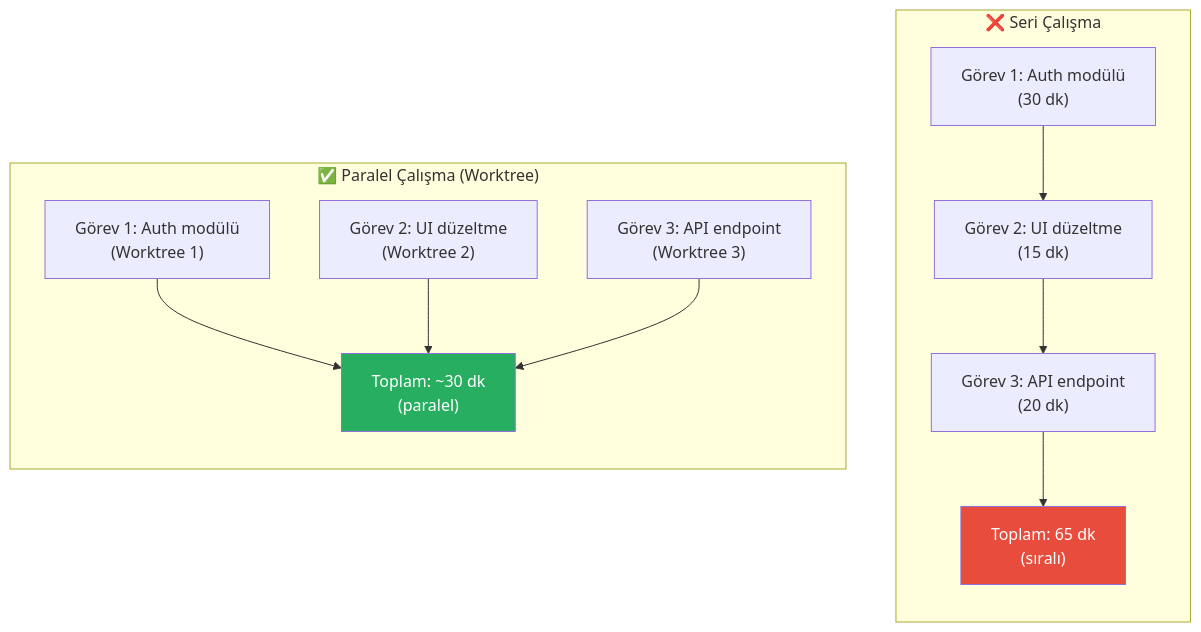
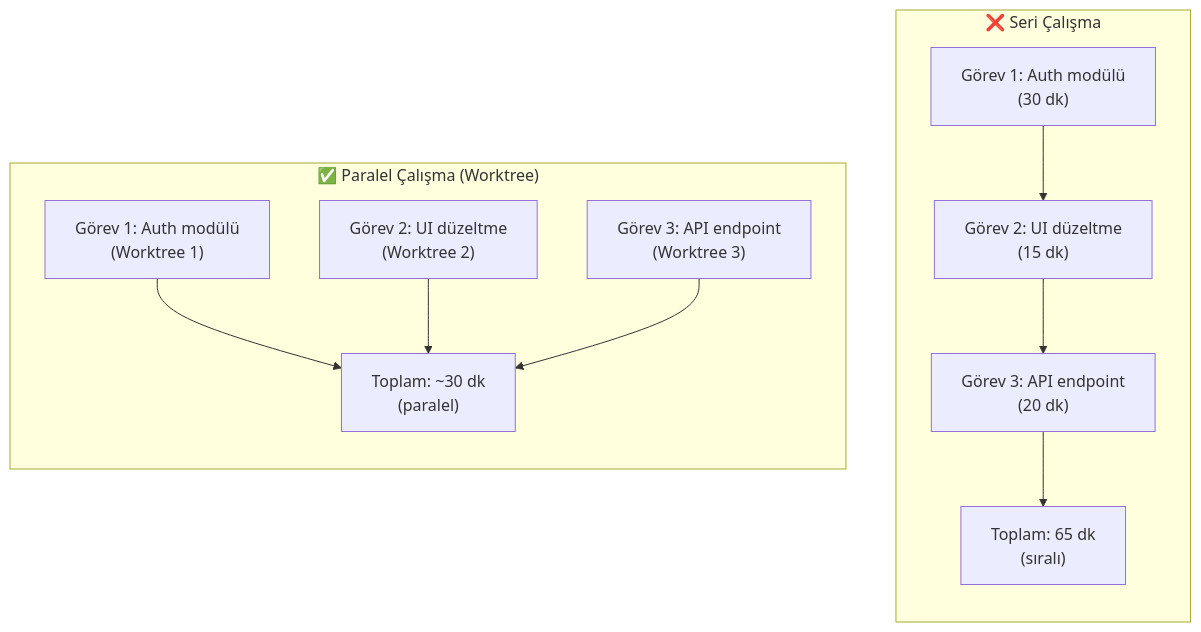
Before and after one commit to IzzetYasinAtes/ClaudeCodeHandbook: the first of 7 diagrams in 09-bellek-ve-baglam/08-worktree-ile-paralel-calisma.md, drawn with Mermaid. The commit also changed other lines of this file and 97 other files, not shown here.

Commit message:
Remove all custom Mermaid style/fill colors from 98 markdown files for consistent dark theme rendering

````diff
--- a/09-bellek-ve-baglam/08-worktree-ile-paralel-calisma.md
+++ b/09-bellek-ve-baglam/08-worktree-ile-paralel-calisma.md
@@ -19,22 +19,20 @@
 ```mermaid
 flowchart TD
     subgraph seri ["❌ Seri Çalışma"]
         direction TB
         S1["Görev 1: Auth modülü<br/>(30 dk)"] --> S2["Görev 2: UI düzeltme<br/>(15 dk)"]
         S2 --> S3["Görev 3: API endpoint<br/>(20 dk)"]
         S3 --> TOTAL_S["Toplam: 65 dk<br/>(sıralı)"]
     end
 
     subgraph paralel ["✅ Paralel Çalışma (Worktree)"]
         direction TB
         P1["Görev 1: Auth modülü<br/>(Worktree 1)"]
         P2["Görev 2: UI düzeltme<br/>(Worktree 2)"]
         P3["Görev 3: API endpoint<br/>(Worktree 3)"]
         P1 --> TOTAL_P["Toplam: ~30 dk<br/>(paralel)"]
         P2 --> TOTAL_P
         P3 --> TOTAL_P
     end
 
-    style TOTAL_S fill:#E74C3C,color:#fff
-    style TOTAL_P fill:#27AE60,color:#fff
 ```
````
